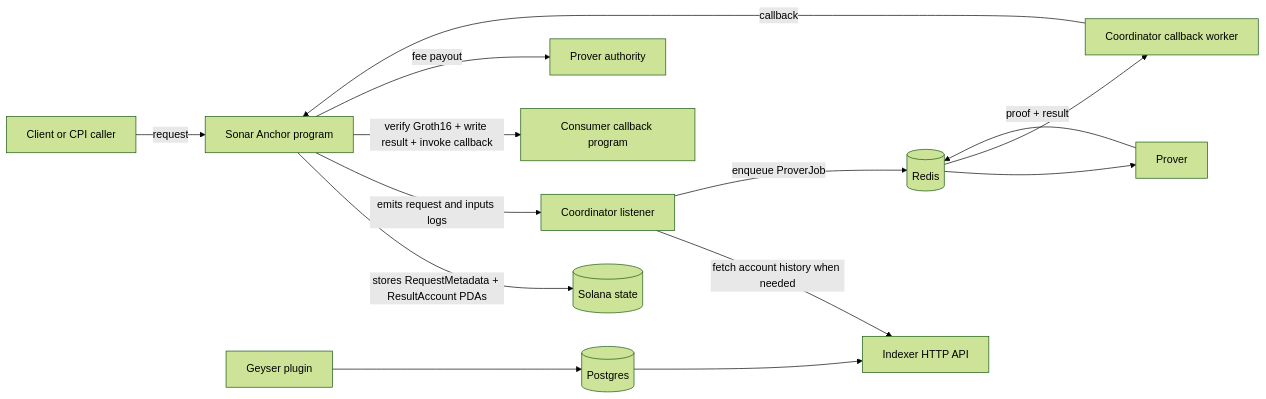
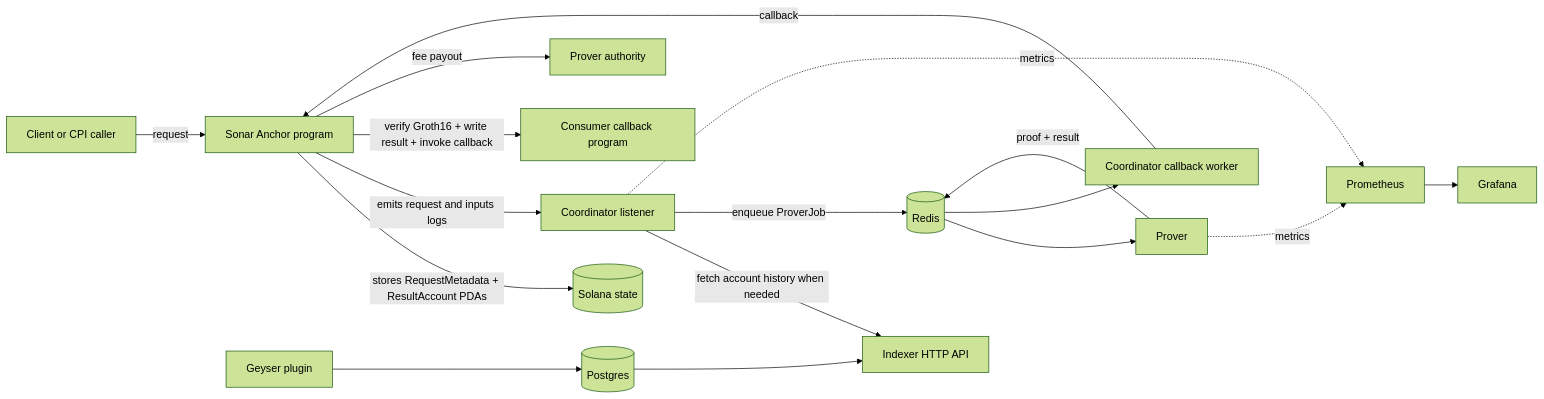
The diagram in README.md (bit2swaz/sonar), drawn with Mermaid (forest theme) before and after one commit. The commit also changed other lines of this file and 7 other files, not shown here.

````diff
--- a/README.md
+++ b/README.md
@@ -19,16 +21,19 @@
 ```mermaid
 flowchart LR
     A[Client or CPI caller] -->|request| B[Sonar Anchor program]
     B -->|stores RequestMetadata + ResultAccount PDAs| C[(Solana state)]
     B -->|emits request and inputs logs| D[Coordinator listener]
     D -->|fetch account history when needed| E[Indexer HTTP API]
     D -->|enqueue ProverJob| F[(Redis)]
     F --> G[Prover]
     G -->|proof + result| F
     F --> H[Coordinator callback worker]
     H -->|callback| B
     B -->|verify Groth16 + write result + invoke callback| I[Consumer callback program]
     B -->|fee payout| J[Prover authority]
     K[Geyser plugin] --> L[(Postgres)]
     L --> E
+    D -. metrics .-> M[Prometheus]
+    G -. metrics .-> M
+    M --> N[Grafana]
 ```
````
